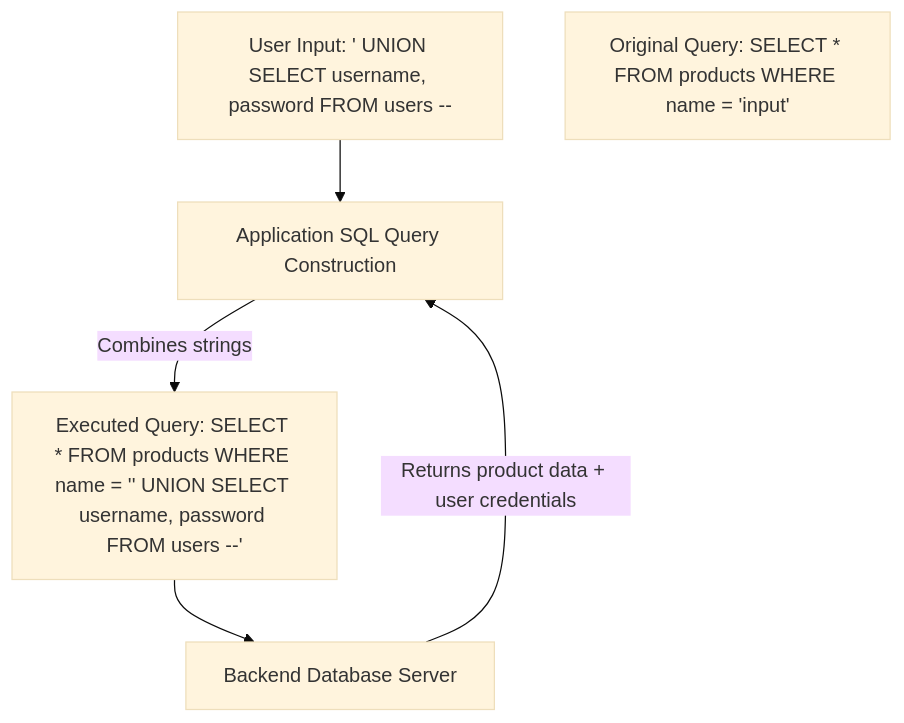
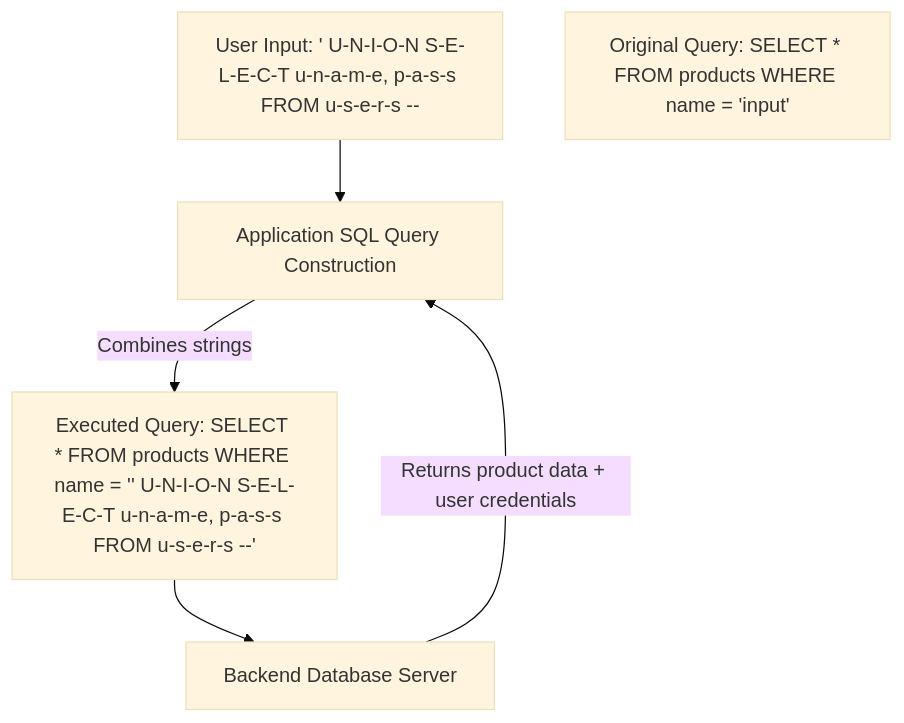
One commit to pratikraman-dev/awesome-ethical-hacking-tools-prohacker changed the diagram in cheatsheets/sql-injection.md. Above: the diagram before and after it, drawn with Mermaid (base theme). The commit also changed other lines of this file and 1 other file, not shown here.

Commit message:
docs: add trending hacking tools, exploit sequence diagram, and fix SQLi AV detection

````diff
--- a/cheatsheets/sql-injection.md
+++ b/cheatsheets/sql-injection.md
@@ -12,13 +12,13 @@
 ```mermaid
 graph TD
-    User["User Input: ' UNION SELECT username, password FROM users --"]
+    User["User Input: ' U-N-I-O-N S-E-L-E-C-T u-n-a-m-e, p-a-s-s FROM u-s-e-r-s --"]
     App["Application SQL Query Construction"]
     DB["Backend Database Server"]
     NormalQuery["Original Query: SELECT * FROM products WHERE name = 'input'"]
-    CombinedQuery["Executed Query: SELECT * FROM products WHERE name = '' UNION SELECT username, password FROM users --'"]
+    CombinedQuery["Executed Query: SELECT * FROM products WHERE name = '' U-N-I-O-N S-E-L-E-C-T u-n-a-m-e, p-a-s-s FROM u-s-e-r-s --'"]
 
     User --> App
     App -->|Combines strings| CombinedQuery
     CombinedQuery --> DB
     DB -->|Returns product data + user credentials| App
 ```
````
